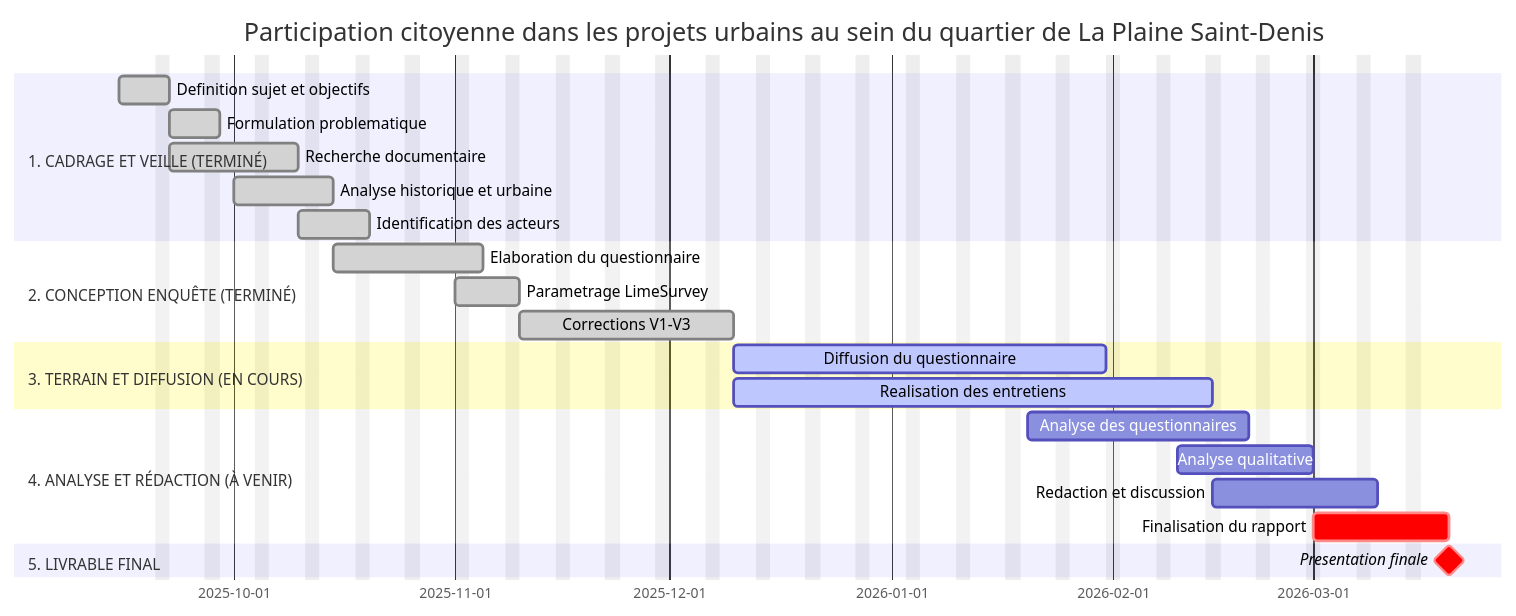
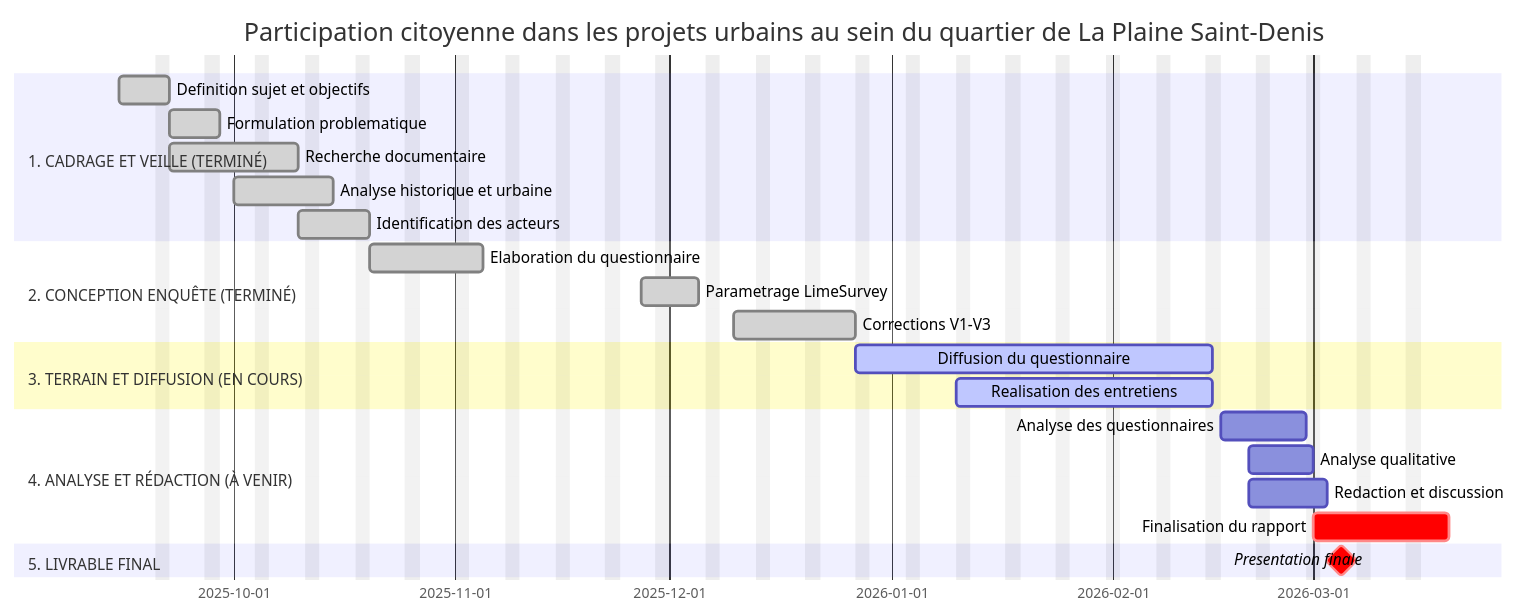
One commit to kahiarchi/LeBatiment_PlaineSaintDenis changed the diagram in etatAvancement.md. Above: the diagram before and after it, drawn with Mermaid.

````diff
--- a/etatAvancement.md
+++ b/etatAvancement.md
@@ -1,31 +1,31 @@
 ```mermaid
 gantt
     dateFormat  YYYY-MM-DD
     title Participation citoyenne dans les projets urbains au sein du quartier de La Plaine Saint-Denis
     excludes weekends
 
     section 1. CADRAGE ET VEILLE (TERMINÉ)
     Definition sujet et objectifs    :done, t1, 2025-09-15, 2025-09-22
     Formulation problematique        :done, t2, 2025-09-22, 2025-09-29
     Recherche documentaire           :done, t3, 2025-09-22, 2025-10-10
     Analyse historique et urbaine    :done, t5, 2025-10-01, 2025-10-15
     Identification des acteurs       :done, t6, 2025-10-10, 2025-10-20
 
     section 2. CONCEPTION ENQUÊTE (TERMINÉ)
-    Elaboration du questionnaire     :done, t7, 2025-10-15, 2025-11-05
-    Parametrage LimeSurvey           :done, t8, 2025-11-01, 2025-11-10
-    Corrections V1-V3                :done, t9, 2025-11-10, 2025-12-10
+    Elaboration du questionnaire     :done, t7, 2025-10-20, 2025-11-05
+    Parametrage LimeSurvey           :done, t8, 2025-11-27, 2025-12-05
+    Corrections V1-V3                :done, t9, 2025-12-10, 2025-12-27
 
     section 3. TERRAIN ET DIFFUSION (EN COURS)
-    Diffusion du questionnaire       :active, t12, 2025-12-10, 2026-01-31
-    Realisation des entretiens       :active, t15, 2025-12-10, 2026-02-15
+    Diffusion du questionnaire       :active, t12, 2025-12-27, 2026-02-15
+    Realisation des entretiens       :active, t15, 2026-01-10, 2026-02-15
 
     section 4. ANALYSE ET RÉDACTION (À VENIR)
-    Analyse des questionnaires       :t16, 2026-01-20, 2026-02-20
-    Analyse qualitative              :t17, 2026-02-10, 2026-03-01
-    Redaction et discussion          :t18, 2026-02-15, 2026-03-10
+    Analyse des questionnaires       :t16, 2026-02-16, 2026-02-28
+    Analyse qualitative              :t17, 2026-02-20, 2026-03-01
+    Redaction et discussion          :t18, 2026-02-20, 2026-03-03
     Finalisation du rapport          :crit, t19, 2026-03-01, 2026-03-20
 
     section 5. LIVRABLE FINAL
-    Presentation finale              :crit, milestone, 2026-03-20, 0d
+    Presentation finale              :crit, milestone, 2026-03-05, 0d
 ```
````
